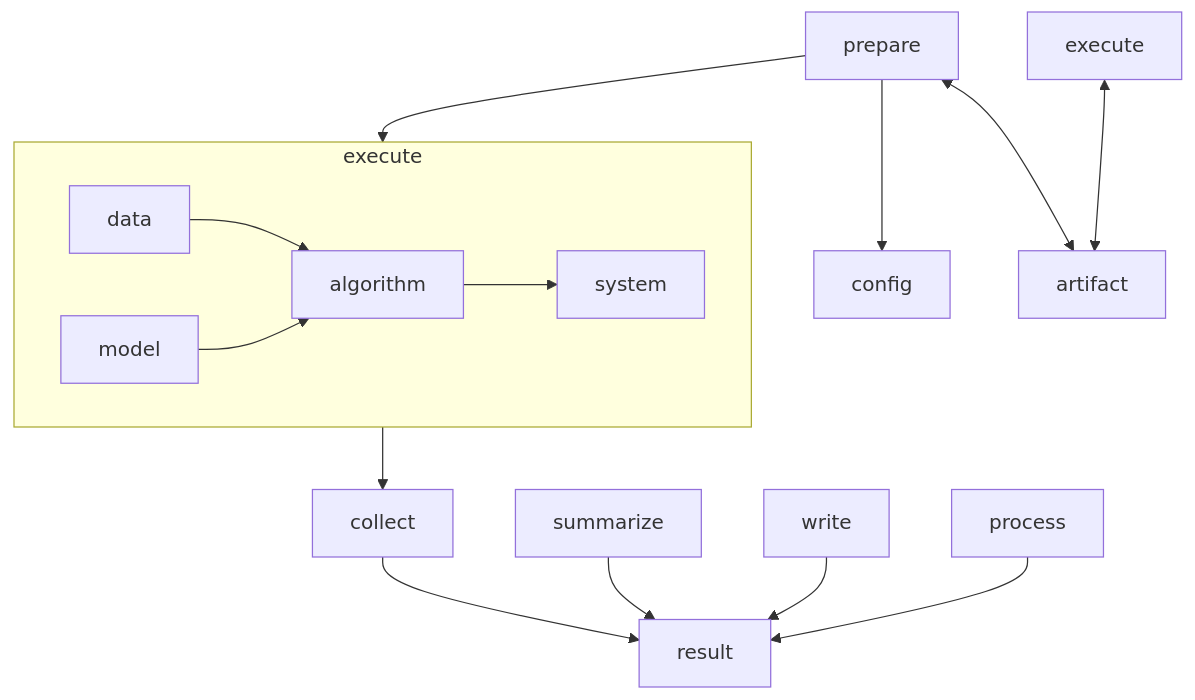
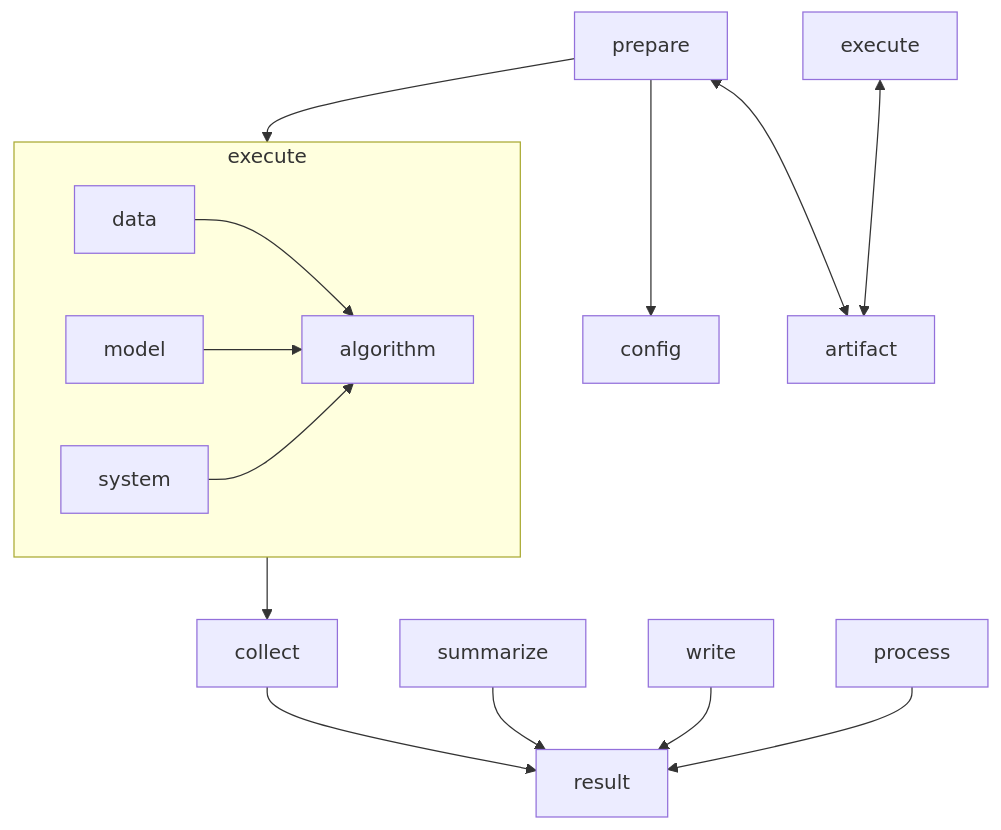
Before and after one commit to diaoenmao/RPipe: the fifth of 5 diagrams in docs/CONCEPT.md, drawn with Mermaid. The commit also changed other lines of this file and 63 other files, not shown here.

Commit message:
Implement AlgorithmTracker and system Logger from the structure docs.

````diff
--- a/docs/CONCEPT.md
+++ b/docs/CONCEPT.md
@@ -193,17 +197,17 @@
 ```mermaid
 flowchart TB
   prepare --> config
   prepare <--> artifact
   execute <--> artifact
   collect --> result
   summarize --> result
   write --> result
   process --> result
   subgraph exec [execute]
     data --> algorithm
     model --> algorithm
-    algorithm --> system
+    system --> algorithm
   end
   prepare --> exec
   exec --> collect
 ```
````
